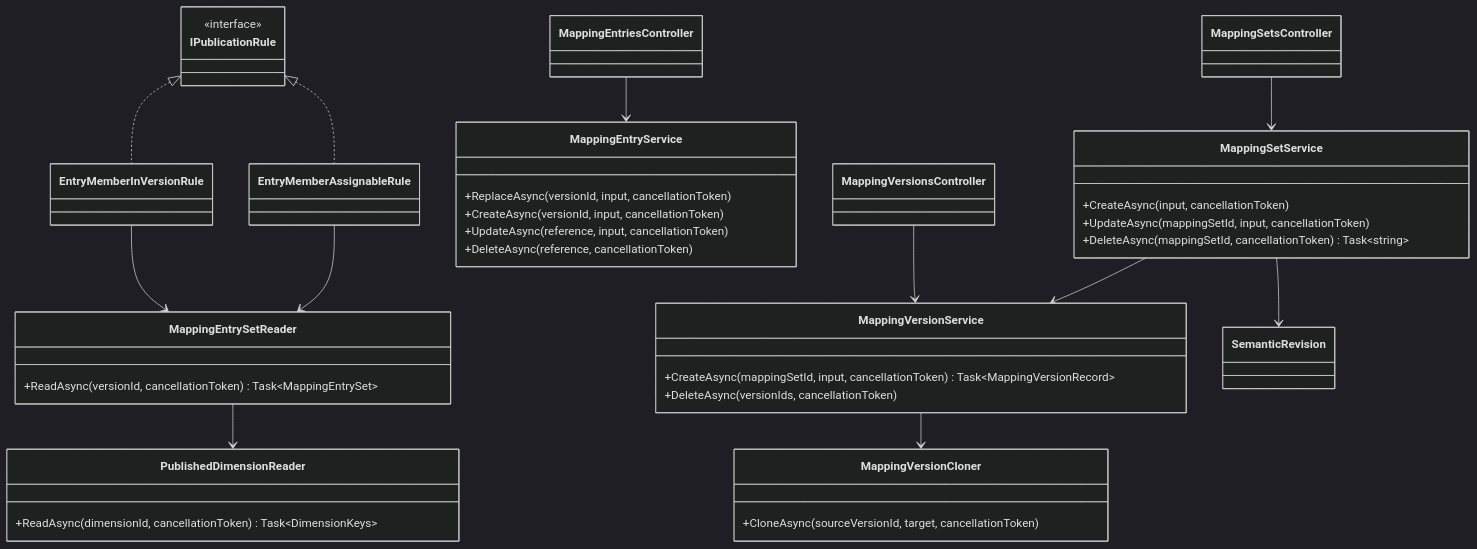
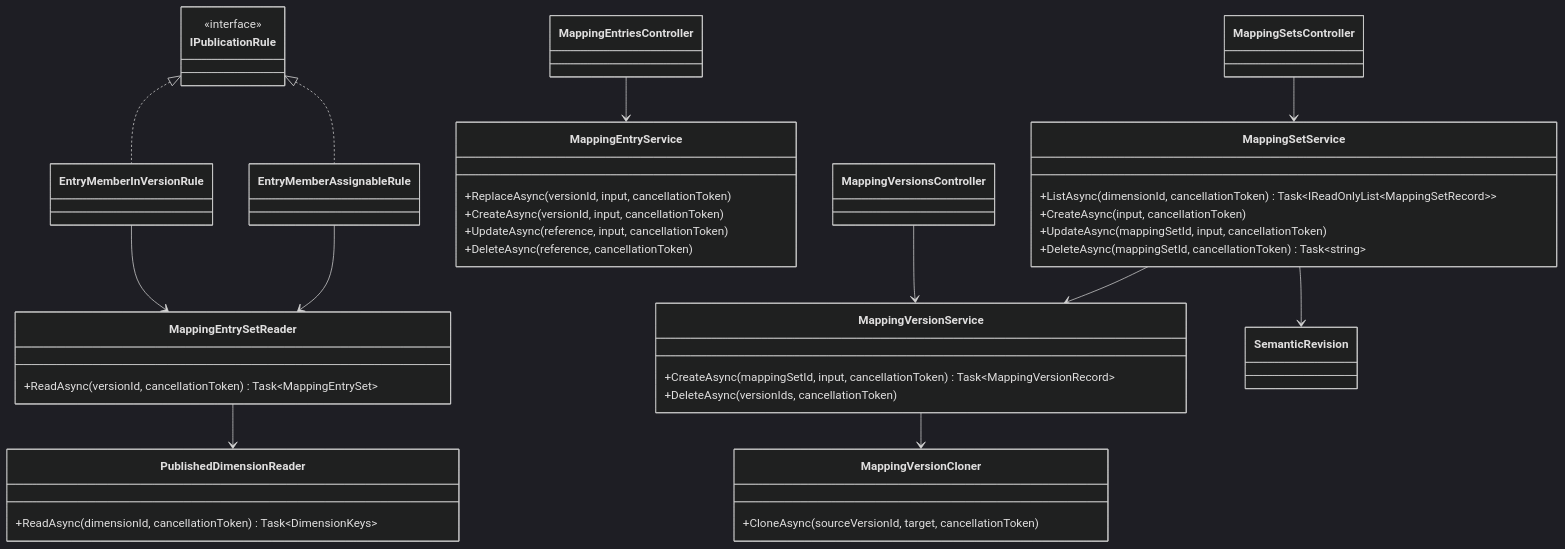
The third of 11 diagrams in api/docs/architecture/05-feature-classes.md (chrisaliotta/Quantalytix.QueryEngine.Admin), drawn with Mermaid (dark theme) before and after one commit. The commit also changed other lines of this file and 42 other files, not shown here.

First line of the commit message:
feat: enhance API documentation and architecture for dimensions, mappings, and bridges

````diff
--- a/api/docs/architecture/05-feature-classes.md
+++ b/api/docs/architecture/05-feature-classes.md
@@ -272,45 +272,46 @@
 ```mermaid
 classDiagram
     direction TB
     class MappingSetsController
     class MappingVersionsController
     class MappingEntriesController
     class MappingSetService {
+        +ListAsync(dimensionId, cancellationToken) Task~IReadOnlyList~MappingSetRecord~~
         +CreateAsync(input, cancellationToken)
         +UpdateAsync(mappingSetId, input, cancellationToken)
         +DeleteAsync(mappingSetId, cancellationToken) Task~string~
     }
     class MappingVersionService {
         +CreateAsync(mappingSetId, input, cancellationToken) Task~MappingVersionRecord~
         +DeleteAsync(versionIds, cancellationToken)
     }
     class MappingVersionCloner {
         +CloneAsync(sourceVersionId, target, cancellationToken)
     }
     class MappingEntryService {
         +ReplaceAsync(versionId, input, cancellationToken)
         +CreateAsync(versionId, input, cancellationToken)
         +UpdateAsync(reference, input, cancellationToken)
         +DeleteAsync(reference, cancellationToken)
     }
     class MappingEntrySetReader {
         +ReadAsync(versionId, cancellationToken) Task~MappingEntrySet~
     }
     class PublishedDimensionReader {
         +ReadAsync(dimensionId, cancellationToken) Task~DimensionKeys~
     }
     class IPublicationRule {
         <<interface>>
     }
     MappingSetsController --> MappingSetService
     MappingVersionsController --> MappingVersionService
     MappingEntriesController --> MappingEntryService
     MappingSetService --> MappingVersionService
     MappingSetService --> SemanticRevision
     MappingVersionService --> MappingVersionCloner
     MappingEntrySetReader --> PublishedDimensionReader
     IPublicationRule <|.. EntryMemberInVersionRule
     IPublicationRule <|.. EntryMemberAssignableRule
     EntryMemberInVersionRule --> MappingEntrySetReader
     EntryMemberAssignableRule --> MappingEntrySetReader
 ```
````
